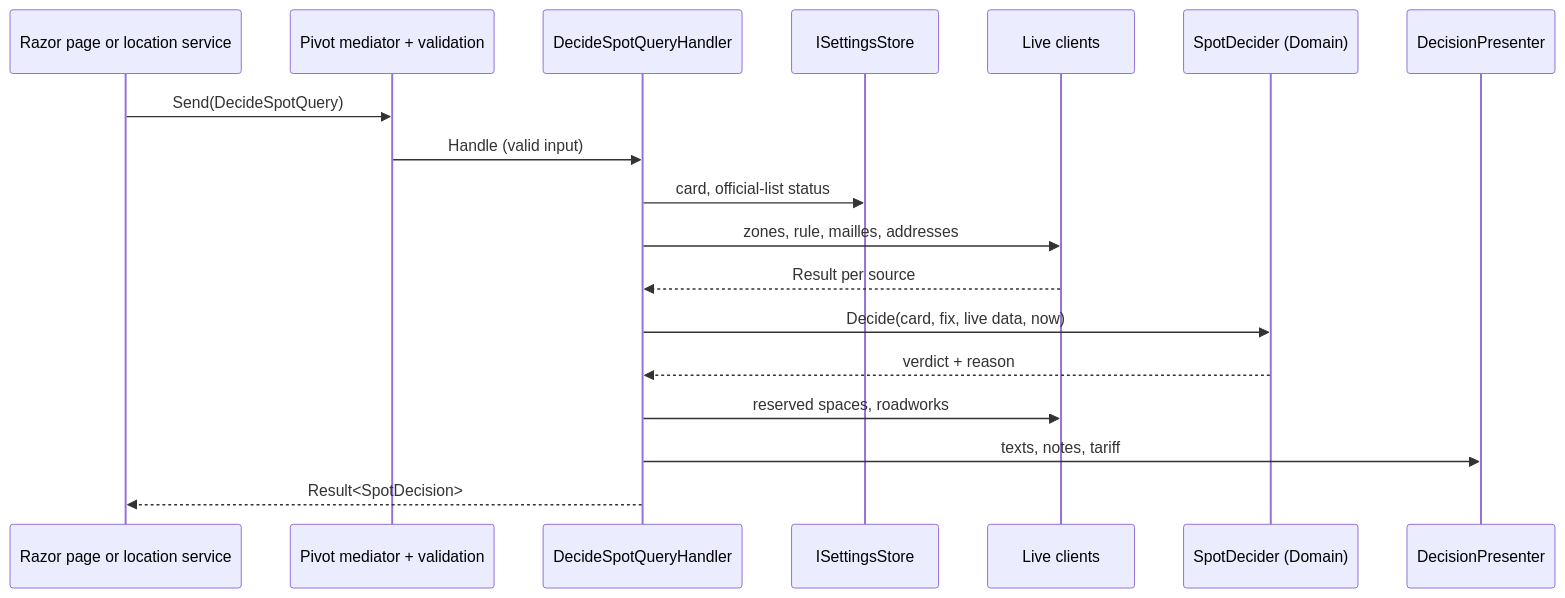
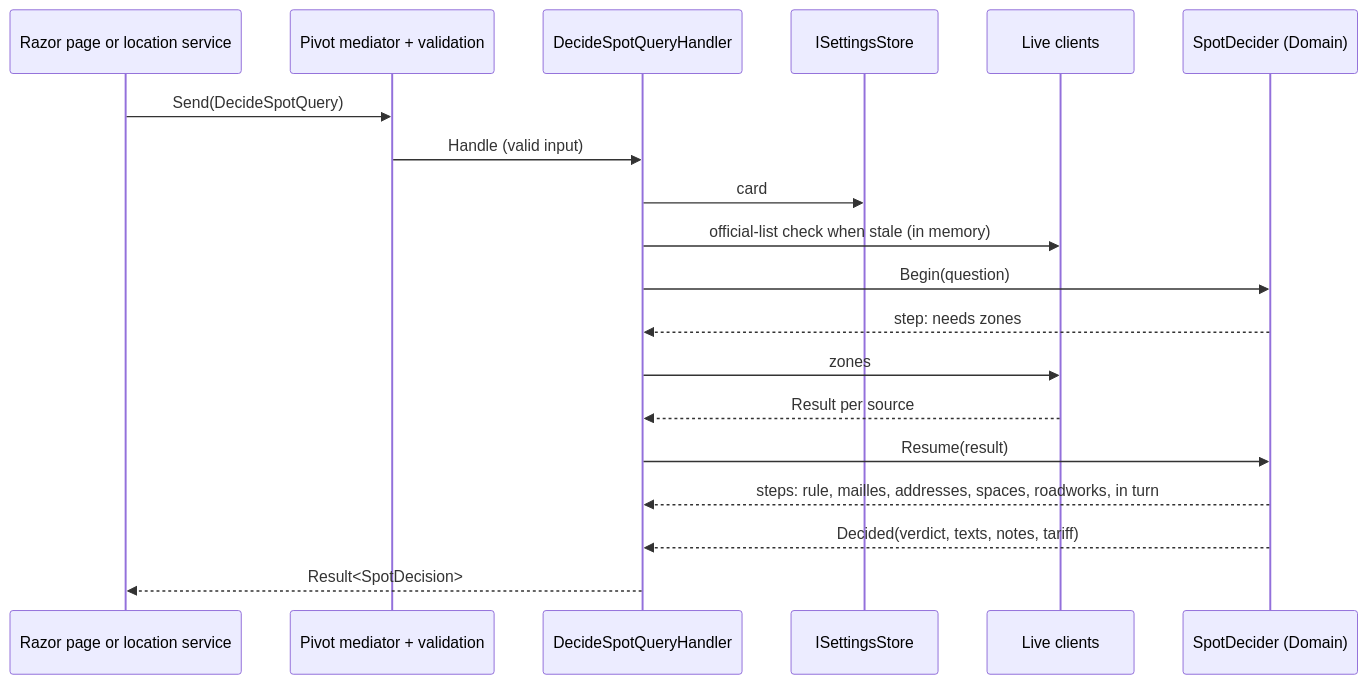
Before and after one commit to AnnabiGihed/Parking-Tracker: the third of 4 diagrams in docs/architecture.md, drawn with Mermaid. The commit also changed other lines of this file and 244 other files, not shown here.

First line of the commit message:
feat: spot decision, area status and free-spot search in .NET (stage 3b)

````diff
--- a/docs/architecture.md
+++ b/docs/architecture.md
@@ -292,20 +310,21 @@
 ```mermaid
 sequenceDiagram
     participant UI as Razor page or location service
     participant M as Pivot mediator + validation
     participant H as DecideSpotQueryHandler
     participant S as ISettingsStore
     participant C as Live clients
     participant D as SpotDecider (Domain)
-    participant P as DecisionPresenter
     UI->>M: Send(DecideSpotQuery)
     M->>H: Handle (valid input)
-    H->>S: card, official-list status
-    H->>C: zones, rule, mailles, addresses
+    H->>S: card
+    H->>C: official-list check when stale (in memory)
+    H->>D: Begin(question)
+    D-->>H: step: needs zones
+    H->>C: zones
     C-->>H: Result per source
-    H->>D: Decide(card, fix, live data, now)
-    D-->>H: verdict + reason
-    H->>C: reserved spaces, roadworks
-    H->>P: texts, notes, tariff
+    H->>D: Resume(result)
+    D-->>H: steps: rule, mailles, addresses, spaces, roadworks, in turn
+    D-->>H: Decided(verdict, texts, notes, tariff)
     H-->>UI: Result<SpotDecision>
 ```
````
